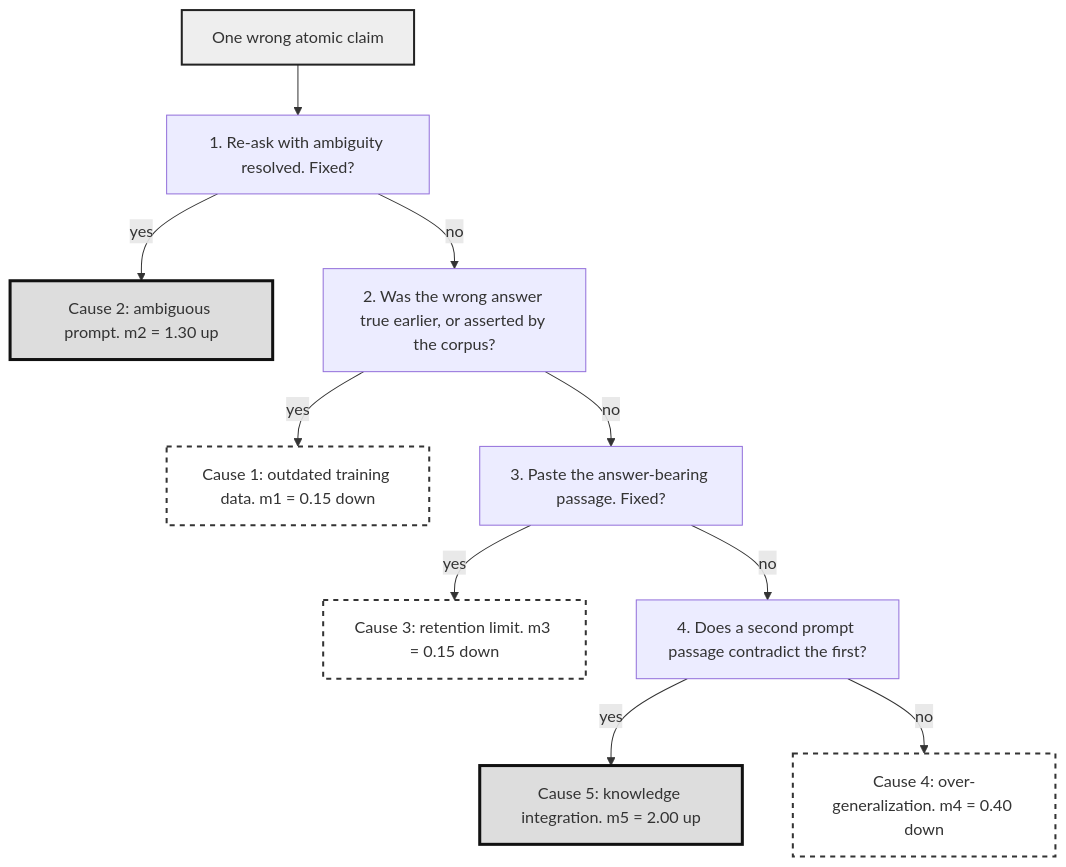
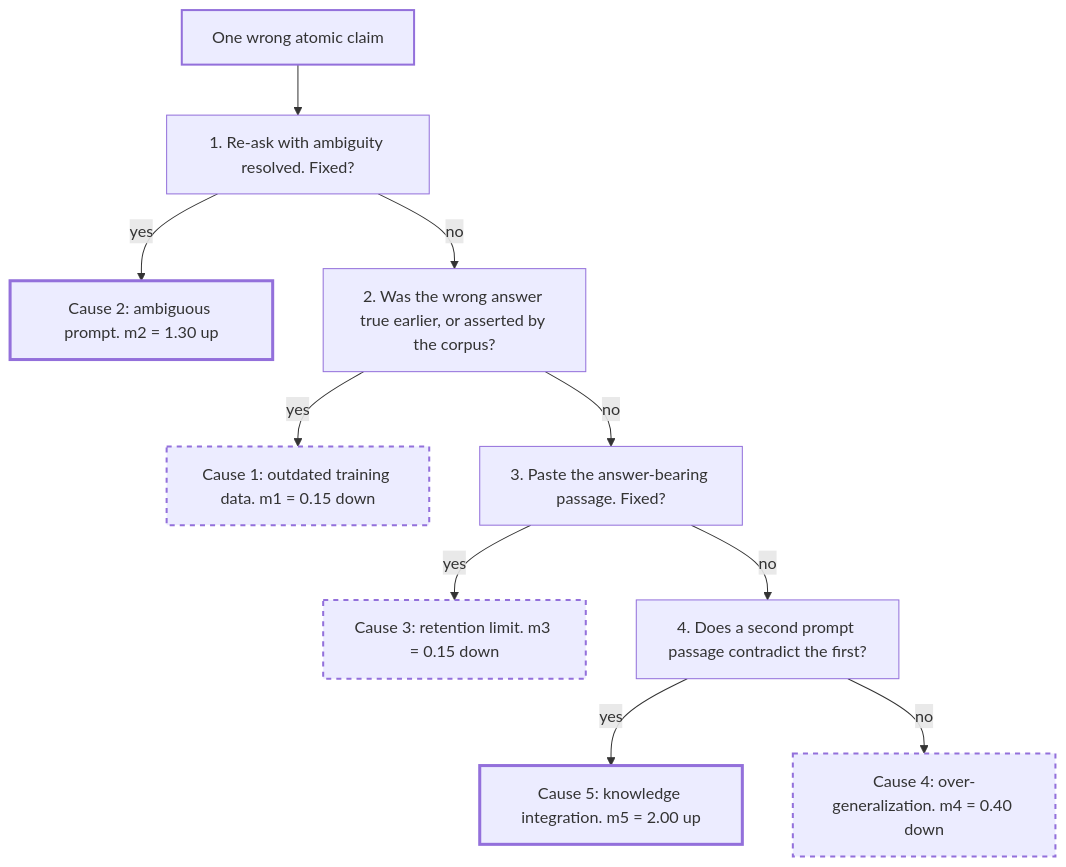
The second of 3 diagrams in chapters/04_what_the_llm_brings_and_what_it_breaks.md (arunshar/rag-interview-chapters), drawn with Mermaid before and after one commit. The commit also changed other lines of this file and 14 other files, not shown here.

Commit message:
Fix Mermaid contrast across GitHub themes

````diff
--- a/chapters/04_what_the_llm_brings_and_what_it_breaks.md
+++ b/chapters/04_what_the_llm_brings_and_what_it_breaks.md
@@ -631,18 +631,18 @@
 ```mermaid
 flowchart TB
     A["One wrong atomic claim"] --> B["1. Re-ask with ambiguity resolved. Fixed?"]
     B -- yes --> C2["Cause 2: ambiguous prompt. m2 = 1.30 up"]
     B -- no --> D["2. Was the wrong answer true earlier, or asserted by the corpus?"]
     D -- yes --> C1["Cause 1: outdated training data. m1 = 0.15 down"]
     D -- no --> E["3. Paste the answer-bearing passage. Fixed?"]
     E -- yes --> C3["Cause 3: retention limit. m3 = 0.15 down"]
     E -- no --> F["4. Does a second prompt passage contradict the first?"]
     F -- yes --> C5["Cause 5: knowledge integration. m5 = 2.00 up"]
     F -- no --> C4["Cause 4: over-generalization. m4 = 0.40 down"]
-    classDef initial fill:#eeeeee,stroke:#222222,stroke-width:2px
-    classDef shrinks fill:#ffffff,stroke:#333333,stroke-width:2px,stroke-dasharray:5 5
-    classDef grows fill:#dddddd,stroke:#111111,stroke-width:3px
+    classDef initial stroke-width:2px
+    classDef shrinks stroke-width:2px,stroke-dasharray:5 5
+    classDef grows stroke-width:3px
     class A initial
     class C1,C3,C4 shrinks
     class C2,C5 grows
 ```
````
